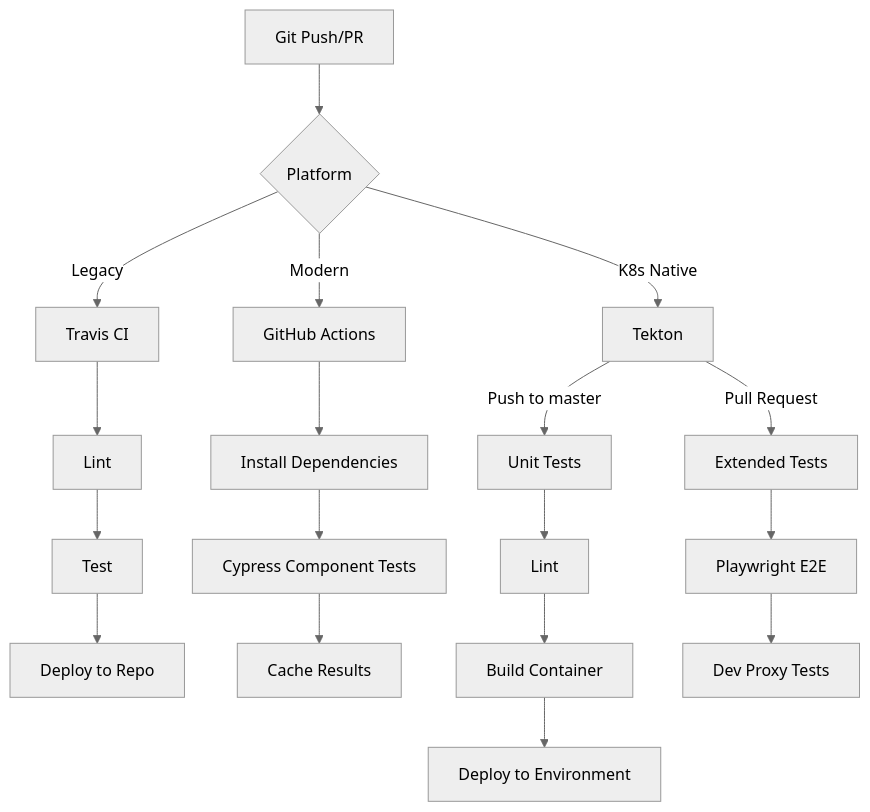
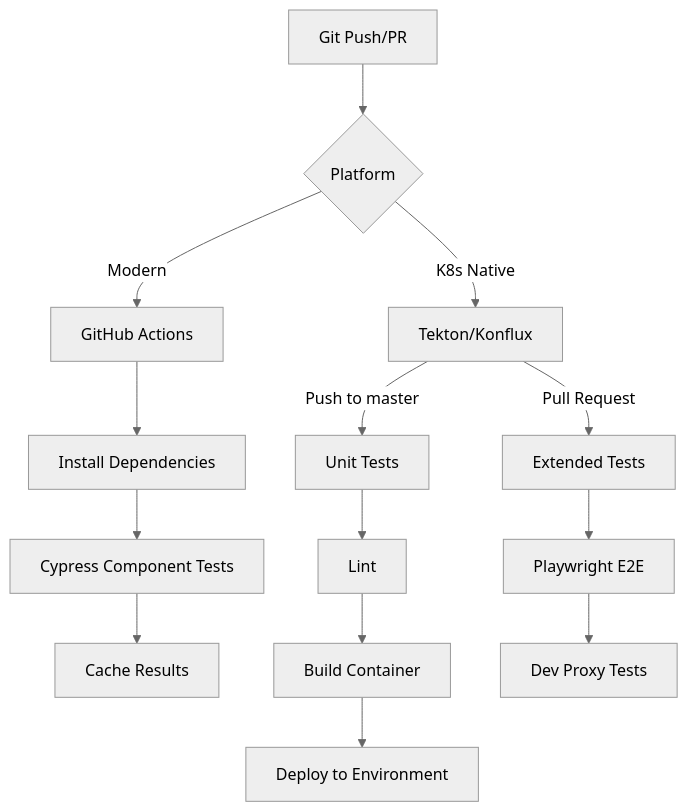
One commit to RedHatInsights/learning-resources changed the fourth of 4 diagrams in docs/TECHNICAL_REFERENCE.md. Above: the diagram before and after it, drawn with Mermaid (neutral theme). The commit also changed other lines of this file and 4 other files, not shown here.

First line of the commit message:
fix(ci): remove legacy Travis CI config with unsafe remote script execution

````diff
--- a/docs/TECHNICAL_REFERENCE.md
+++ b/docs/TECHNICAL_REFERENCE.md
@@ -441,24 +441,19 @@
 ```mermaid
 graph TD
     A[Git Push/PR] --> B{Platform}
-    B -->|Legacy| C[Travis CI]
     B -->|Modern| D[GitHub Actions]
-    B -->|K8s Native| E[Tekton]
-
-    C --> C1[Lint]
-    C1 --> C2[Test]
-    C2 --> C3[Deploy to Repo]
+    B -->|K8s Native| E[Tekton/Konflux]
 
     D --> D1[Install Dependencies]
     D1 --> D2[Cypress Component Tests]
     D2 --> D3[Cache Results]
 
     E -->|Push to master| E1[Unit Tests]
     E1 --> E2[Lint]
     E2 --> E3[Build Container]
     E3 --> E4[Deploy to Environment]
 
     E -->|Pull Request| E5[Extended Tests]
     E5 --> E6[Playwright E2E]
     E6 --> E7[Dev Proxy Tests]
 ```
````
